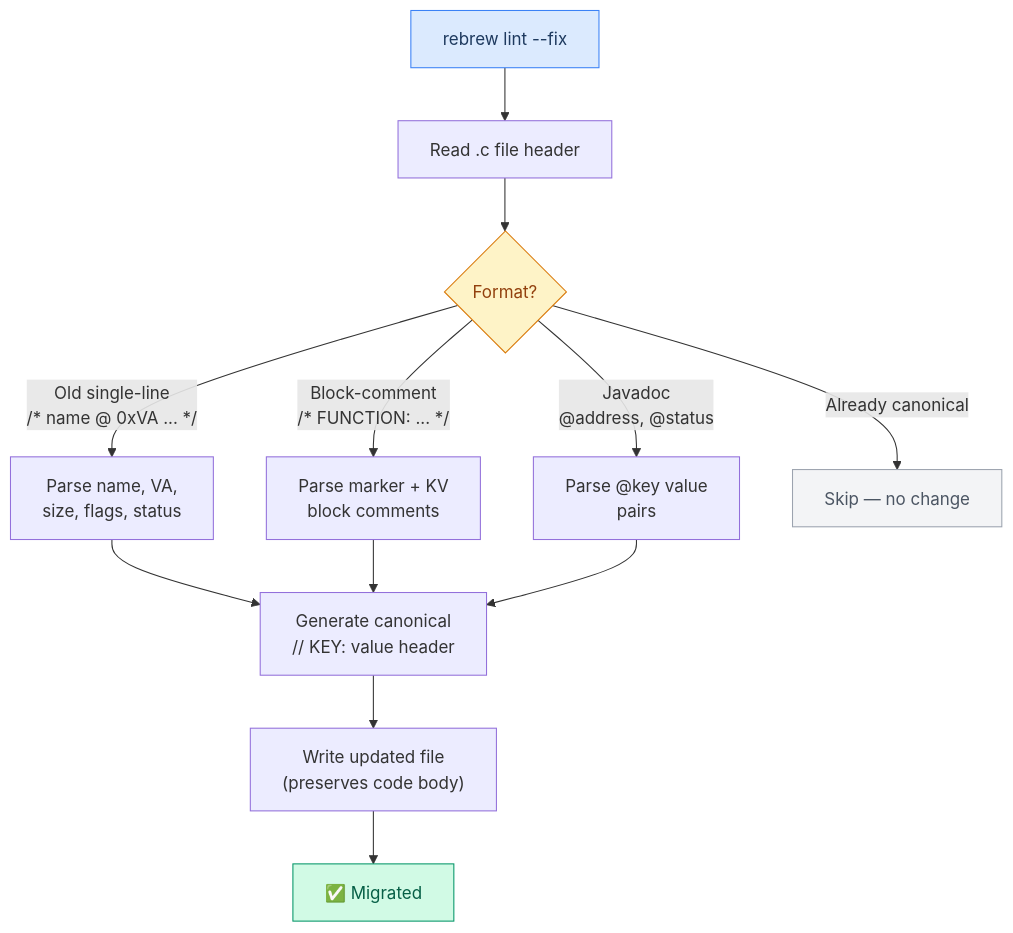
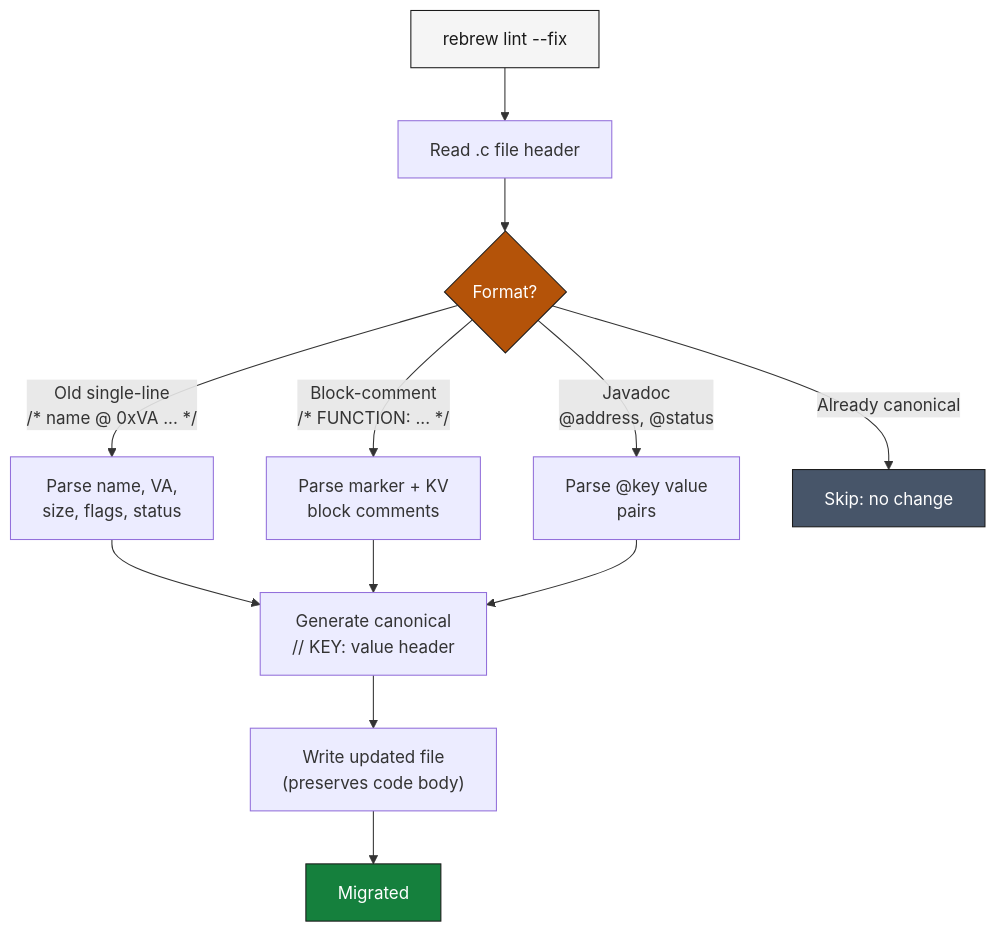
One commit to maci0/rebrew changed the diagram in docs/ANNOTATIONS.md. Above: the diagram before and after it, drawn with Mermaid. The commit also changed other lines of this file and 5 other files, not shown here.

Commit message:
fix: paint exported call graphs and doc diagrams from the theme tokens

````diff
--- a/docs/ANNOTATIONS.md
+++ b/docs/ANNOTATIONS.md
@@ -544,21 +544,21 @@
 ```mermaid
 graph TD
     A["rebrew lint --fix"] --> B["Read .c file header"]
     B --> C{"Format?"}
     C -->|"Old single-line<br/>/* name @ 0xVA ... */"| D["Parse name, VA,<br/>size, flags, status"]
     C -->|"Block-comment<br/>/* FUNCTION: ... */"| E["Parse marker + KV<br/>block comments"]
     C -->|"Javadoc<br/>@address, @status"| F["Parse @key value<br/>pairs"]
-    C -->|"Already canonical"| G["Skip — no change"]
+    C -->|"Already canonical"| G["Skip: no change"]
 
     D --> H["Generate canonical<br/>// KEY: value header"]
     E --> H
     F --> H
 
     H --> I["Write updated file<br/>(preserves code body)"]
-    I --> J["✅ Migrated"]
+    I --> J["Migrated"]
 
-    style A fill:#dbeafe,stroke:#3b82f6,color:#1e3a5f
-    style J fill:#d1fae5,stroke:#059669,color:#065f46
-    style G fill:#f3f4f6,stroke:#9ca3af,color:#4b5563
-    style C fill:#fef3c7,stroke:#d97706,color:#92400e
+    style A fill:#f5f5f5,stroke:#1a1a1a,color:#1a1a1a
+    style J fill:#15803d,stroke:#1a1a1a,color:#fff
+    style G fill:#475569,stroke:#1a1a1a,color:#fff
+    style C fill:#b45309,stroke:#1a1a1a,color:#fff
 ```
````
